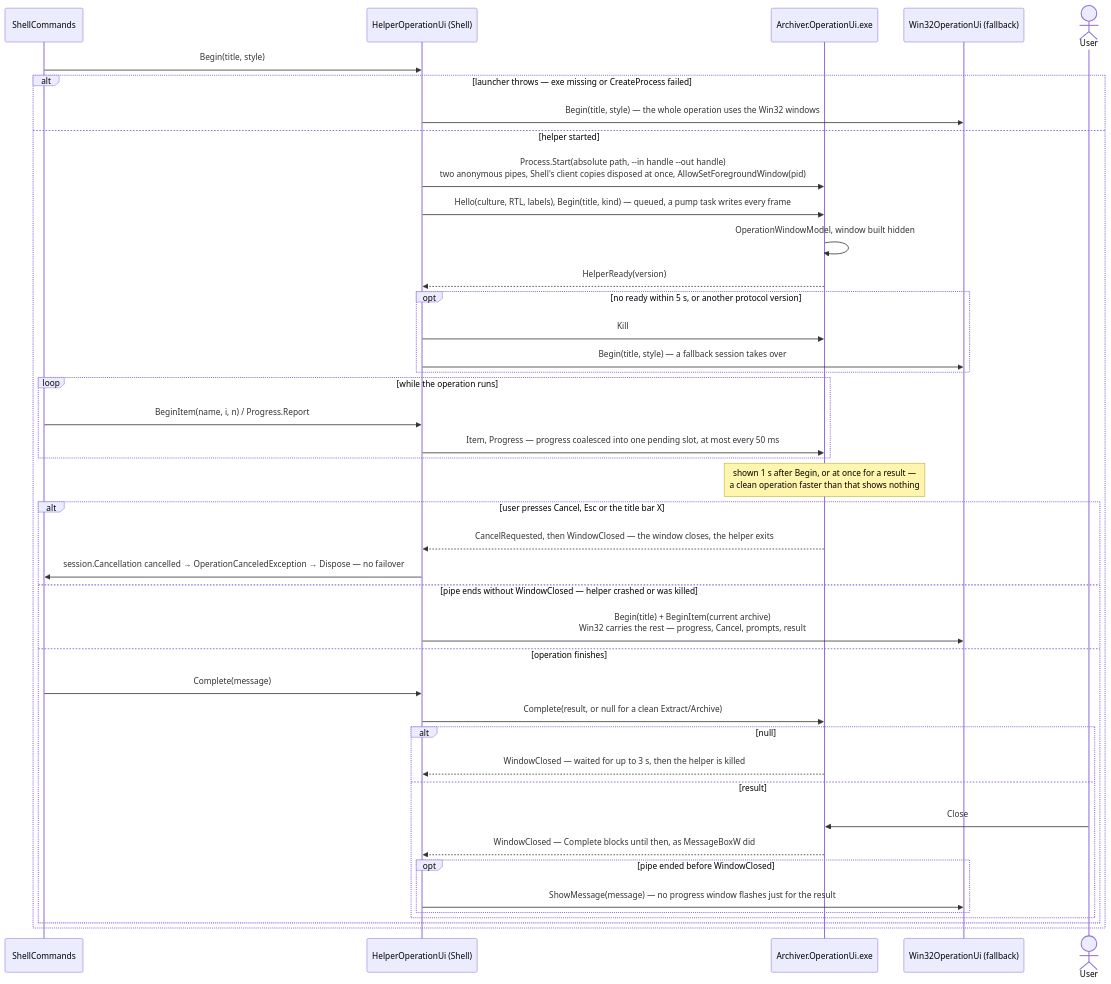
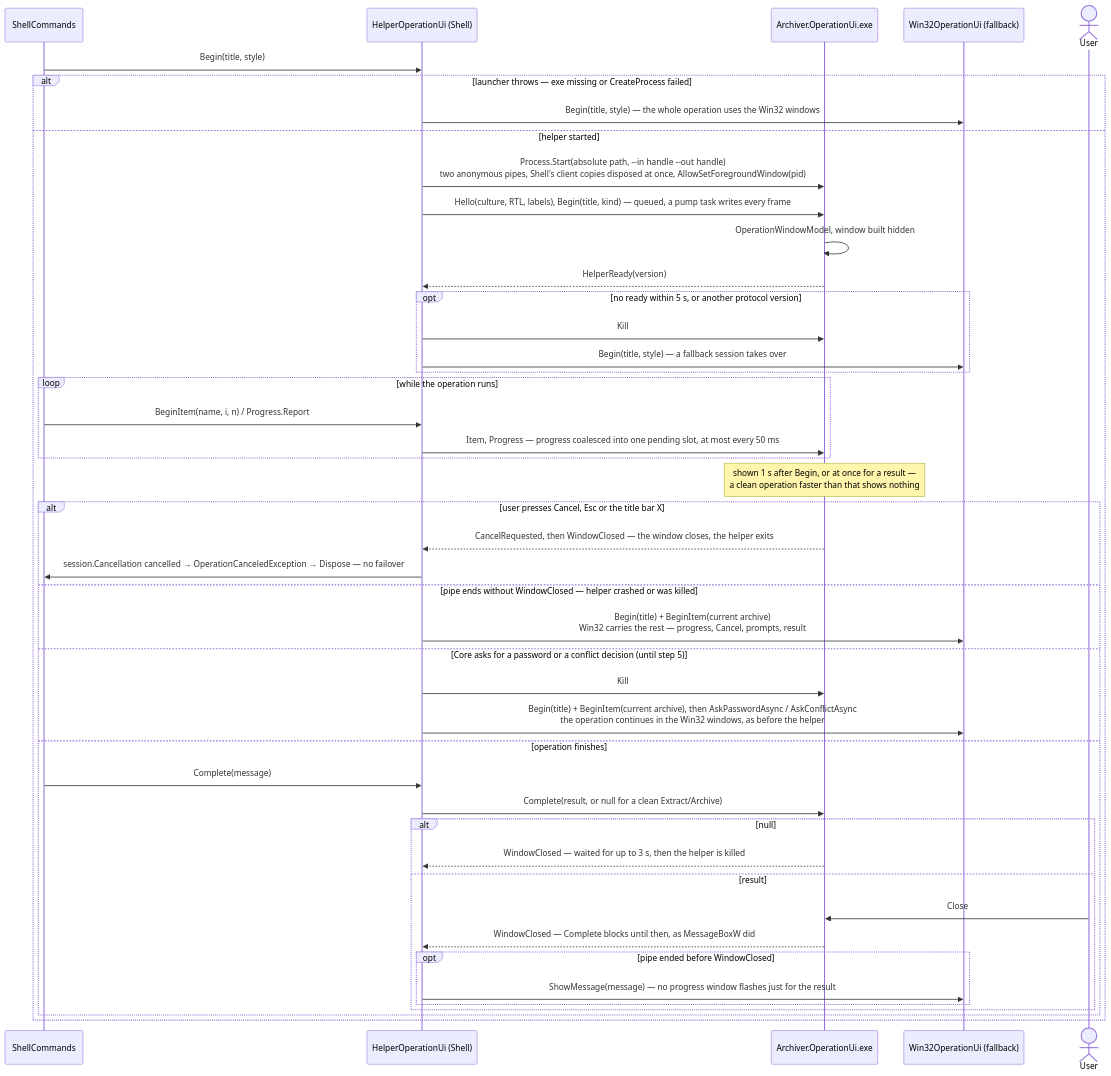
Before and after one commit to pakkoapp-oss/pakko: the eighth of 8 diagrams in docs/DIAGRAMS.md, drawn with Mermaid. The commit also changed other lines of this file and 4 other files, not shown here.

First line of the commit message:
fix(T-F268): a prompt hands the operation to the Win32 windows until step 5

````diff
--- a/docs/DIAGRAMS.md
+++ b/docs/DIAGRAMS.md
@@ -921,45 +922,48 @@
 ```mermaid
 sequenceDiagram
     participant Cmd as ShellCommands
     participant HUI as HelperOperationUi (Shell)
     participant H as Archiver.OperationUi.exe
     participant W as Win32OperationUi (fallback)
     actor User
 
     Cmd->>HUI: Begin(title, style)
     alt launcher throws — exe missing or CreateProcess failed
         HUI->>W: Begin(title, style) — the whole operation uses the Win32 windows
     else helper started
         HUI->>H: Process.Start(absolute path, --in handle --out handle)<br/>two anonymous pipes, Shell's client copies disposed at once, AllowSetForegroundWindow(pid)
         HUI->>H: Hello(culture, RTL, labels), Begin(title, kind) — queued, a pump task writes every frame
         H->>H: OperationWindowModel, window built hidden
         H-->>HUI: HelperReady(version)
         opt no ready within 5 s, or another protocol version
             HUI->>H: Kill
             HUI->>W: Begin(title, style) — a fallback session takes over
         end
         loop while the operation runs
             Cmd->>HUI: BeginItem(name, i, n) / Progress.Report
             HUI->>H: Item, Progress — progress coalesced into one pending slot, at most every 50 ms
         end
         Note over H: shown 1 s after Begin, or at once for a result —<br/>a clean operation faster than that shows nothing
         alt user presses Cancel, Esc or the title bar X
             H-->>HUI: CancelRequested, then WindowClosed — the window closes, the helper exits
             HUI->>Cmd: session.Cancellation cancelled → OperationCanceledException → Dispose — no failover
         else pipe ends without WindowClosed — helper crashed or was killed
             HUI->>W: Begin(title) + BeginItem(current archive)<br/>Win32 carries the rest — progress, Cancel, prompts, result
+        else Core asks for a password or a conflict decision (until step 5)
+            HUI->>H: Kill
+            HUI->>W: Begin(title) + BeginItem(current archive), then AskPasswordAsync / AskConflictAsync<br/>the operation continues in the Win32 windows, as before the helper
         else operation finishes
             Cmd->>HUI: Complete(message)
             HUI->>H: Complete(result, or null for a clean Extract/Archive)
             alt null
                 H-->>HUI: WindowClosed — waited for up to 3 s, then the helper is killed
             else result
                 User->>H: Close
                 H-->>HUI: WindowClosed — Complete blocks until then, as MessageBoxW did
                 opt pipe ended before WindowClosed
                     HUI->>W: ShowMessage(message) — no progress window flashes just for the result
                 end
             end
         end
     end
 ```
````
